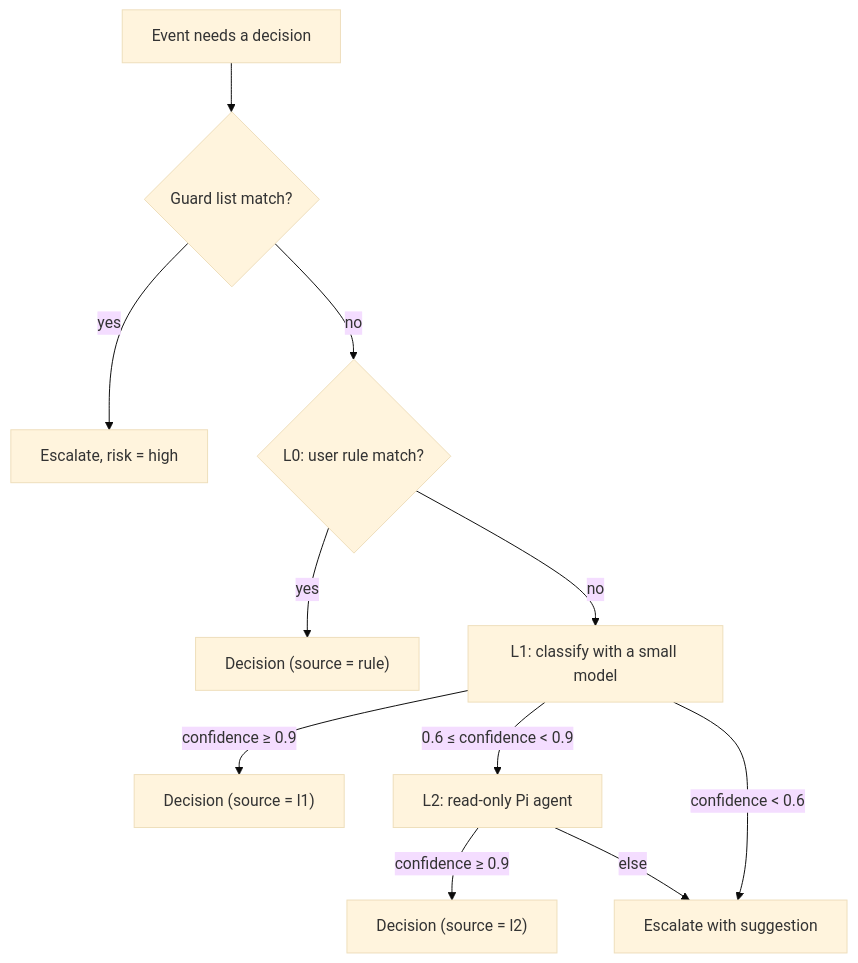
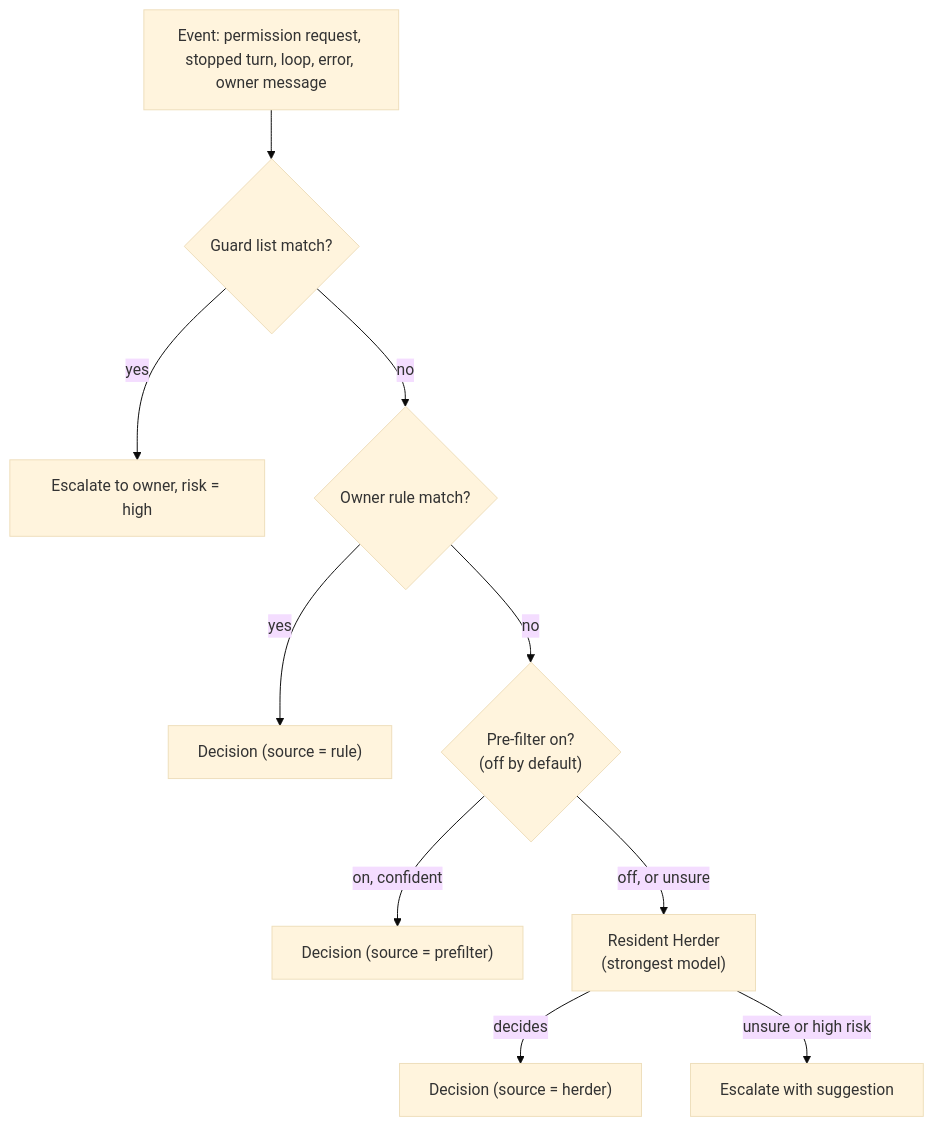
One commit to Dopetaiga/AgentHerd changed the diagram in docs/spec/04-herder.md. Above: the diagram before and after it, drawn with Mermaid (base theme). The commit also changed other lines of this file and 20 other files, not shown here.

First line of the commit message:
docs: resident Herder per project and freeze baseline 0.1.0

````diff
--- a/docs/spec/04-herder.md
+++ b/docs/spec/04-herder.md
@@ -37,13 +16,12 @@
 ```mermaid
 flowchart TD
-  E["Event needs a decision"] --> G{"Guard list match?"}
-  G -- yes --> H["Escalate, risk = high"]
-  G -- no --> L0{"L0: user rule match?"}
+  E["Event: permission request, stopped turn, loop, error, owner message"] --> G{"Guard list match?"}
+  G -- yes --> H["Escalate to owner, risk = high"]
+  G -- no --> L0{"Owner rule match?"}
   L0 -- yes --> D["Decision (source = rule)"]
-  L0 -- no --> L1["L1: classify with a small model"]
-  L1 -- "confidence ≥ 0.9" --> D2["Decision (source = l1)"]
-  L1 -- "0.6 ≤ confidence < 0.9" --> L2["L2: read-only Pi agent"]
-  L1 -- "confidence < 0.6" --> H2["Escalate with suggestion"]
-  L2 -- "confidence ≥ 0.9" --> D3["Decision (source = l2)"]
-  L2 -- else --> H2
+  L0 -- no --> PF{"Pre-filter on?<br/>(off by default)"}
+  PF -- "on, confident" --> D1["Decision (source = prefilter)"]
+  PF -- "off, or unsure" --> HD["Resident Herder<br/>(strongest model)"]
+  HD -- "decides" --> D2["Decision (source = herder)"]
+  HD -- "unsure or high risk" --> H2["Escalate with suggestion"]
 ```
````
